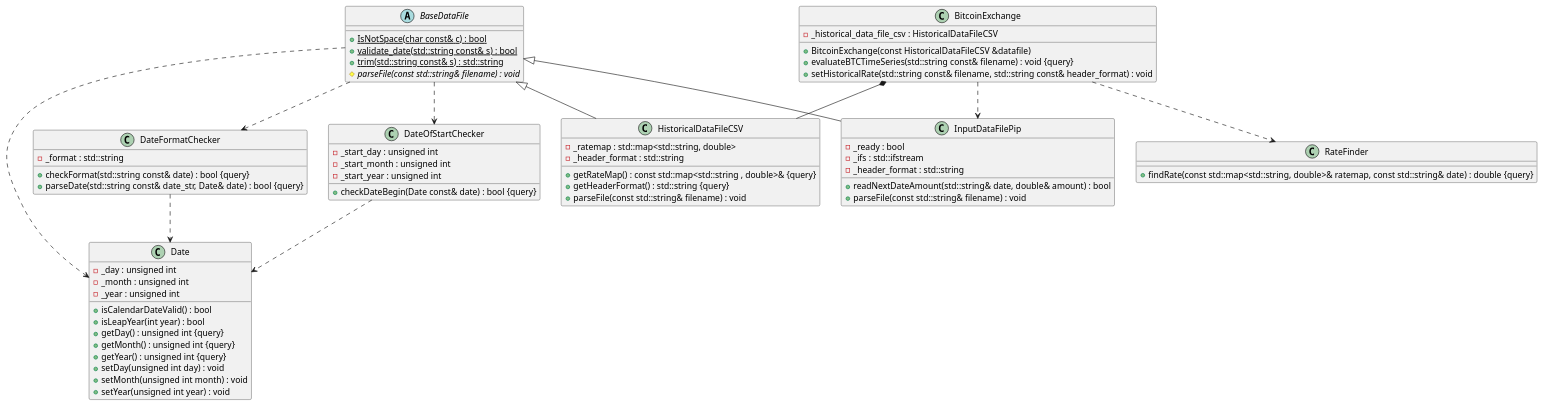
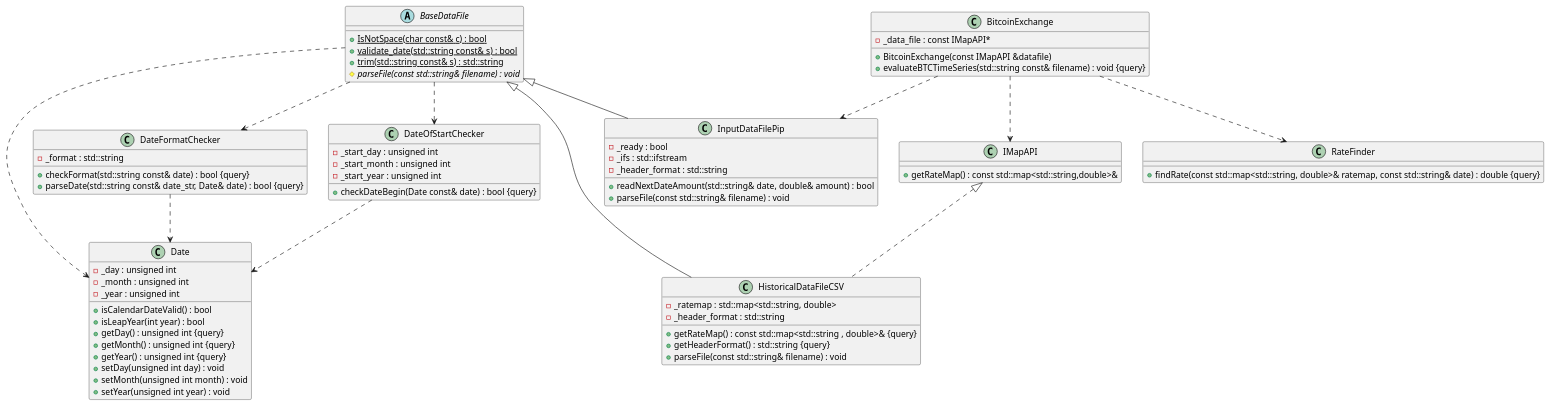
One commit to ra121e/cpp09 changed the diagram in ex00/btc.puml. Above: the diagram before and after it, drawn with PlantUML. The commit also changed 8 other files, not shown here.

First line of the commit message:
ex00) refatcor: separate responsibility (data.csv)

```diff
--- a/ex00/btc.puml
+++ b/ex00/btc.puml
@@ -1,109 +1,113 @@
 @startuml btc
 
 /' Objects '/
 
 abstract class BaseDataFile {
     +{static} IsNotSpace(char const& c) : bool
     +{static} validate_date(std::string const& s) : bool
     +{static} trim(std::string const& s) : std::string
     #{abstract} parseFile(const std::string& filename) : void
 }
 
 
+class IMapAPI {
+    +getRateMap() : const std::map<std::string,double>&
+}
+
 class BitcoinExchange {
-    +BitcoinExchange(const HistoricalDataFileCSV &datafile)
-    -_historical_data_file_csv : HistoricalDataFileCSV
+    +BitcoinExchange(const IMapAPI &datafile)
+    -_data_file : const IMapAPI*
     +evaluateBTCTimeSeries(std::string const& filename) : void {query}
-    +setHistoricalRate(std::string const& filename, std::string const& header_format) : void
 }
 
 
 class Date {
     +isCalendarDateValid() : bool
     +isLeapYear(int year) : bool
     -_day : unsigned int
     -_month : unsigned int
     -_year : unsigned int
     +getDay() : unsigned int {query}
     +getMonth() : unsigned int {query}
     +getYear() : unsigned int {query}
     +setDay(unsigned int day) : void
     +setMonth(unsigned int month) : void
     +setYear(unsigned int year) : void
 }
 
 
 class DateFormatChecker {
     +checkFormat(std::string const& date) : bool {query}
     +parseDate(std::string const& date_str, Date& date) : bool {query}
     -_format : std::string
 }
 
 
 class DateOfStartChecker {
     +checkDateBegin(Date const& date) : bool {query}
     -_start_day : unsigned int
     -_start_month : unsigned int
     -_start_year : unsigned int
 }
 
 
 class HistoricalDataFileCSV {
     +getRateMap() : const std::map<std::string , double>& {query}
     -_ratemap : std::map<std::string, double>
     -_header_format : std::string
     +getHeaderFormat() : std::string {query}
     +parseFile(const std::string& filename) : void
 }
 
 
 class InputDataFilePip {
     -_ready : bool
     +readNextDateAmount(std::string& date, double& amount) : bool
     -_ifs : std::ifstream
     -_header_format : std::string
     +parseFile(const std::string& filename) : void
 }
 
 
 class RateFinder {
     +findRate(const std::map<std::string, double>& ratemap, const std::string& date) : double {query}
 }
 
 
 
 
 
 /' Inheritance relationships '/
 
 BaseDataFile <|-- HistoricalDataFileCSV
 BaseDataFile <|-- InputDataFilePip
+IMapAPI <|.. HistoricalDataFileCSV
 
 
 
 
 
 /' Aggregation relationships '/
 
-BitcoinExchange *-- HistoricalDataFileCSV
+BitcoinExchange ..> IMapAPI
 
 
 
 
 
 
 
 /' Dependency relationships '/
 
 BaseDataFile ..> DateFormatChecker
 BaseDataFile ..> DateOfStartChecker
 BaseDataFile ..> Date
 
 DateFormatChecker ..> Date
 DateOfStartChecker ..> Date
 
 BitcoinExchange ..> InputDataFilePip
 BitcoinExchange ..> RateFinder
 
 
 @enduml
```
